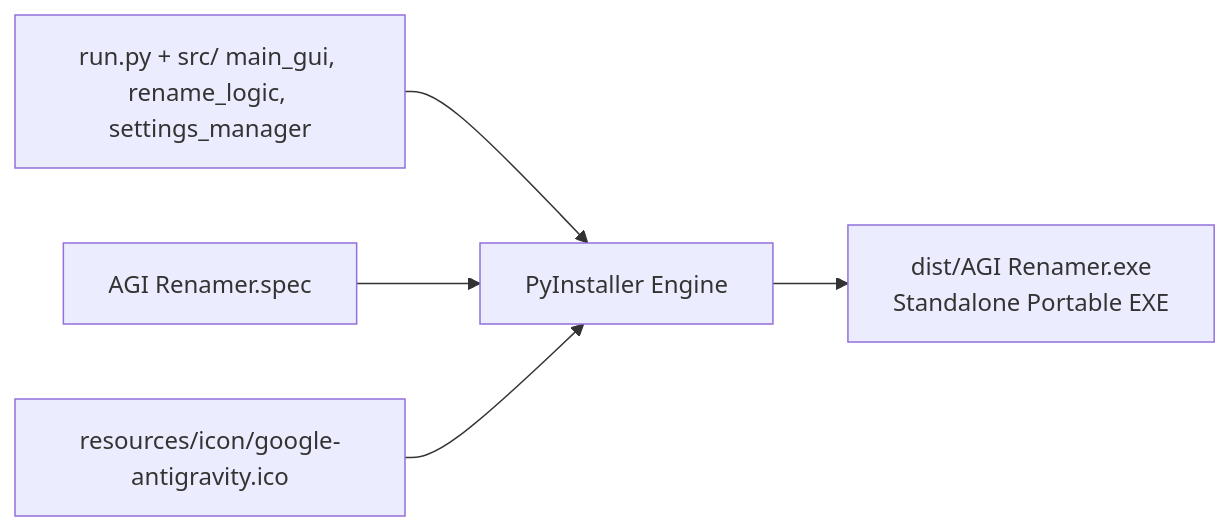
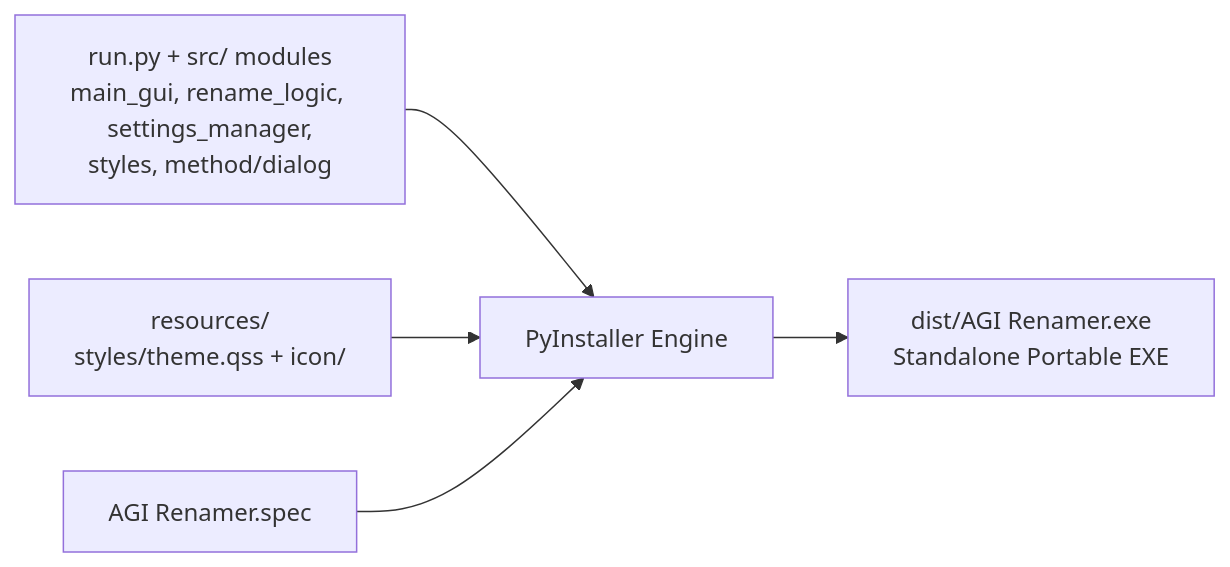
Before and after one commit to adarmawan117/rename-agi-conversation-title: the diagram in .docs/BUILD_AND_PACKAGING.md, drawn with Mermaid. The commit also changed other lines of this file and 7 other files, not shown here.

First line of the commit message:
Refactor: Extract dialog helper functions to src/method/dialog.py and update technical documentation

````diff
--- a/.docs/BUILD_AND_PACKAGING.md
+++ b/.docs/BUILD_AND_PACKAGING.md
@@ -11,7 +11,7 @@
 ```mermaid
 graph LR
-    Src[run.py + src/ main_gui, rename_logic, settings_manager] --> PyInstaller[PyInstaller Engine]
+    Src[run.py + src/ modules<br/>main_gui, rename_logic, settings_manager,<br/>styles, method/dialog] --> PyInstaller[PyInstaller Engine]
+    Res[resources/<br/>styles/theme.qss + icon/] --> PyInstaller
     Spec[AGI Renamer.spec] --> PyInstaller
-    Icon[resources/icon/google-antigravity.ico] --> PyInstaller
     PyInstaller --> OutDir[dist/AGI Renamer.exe<br/>Standalone Portable EXE]
 ```
````
